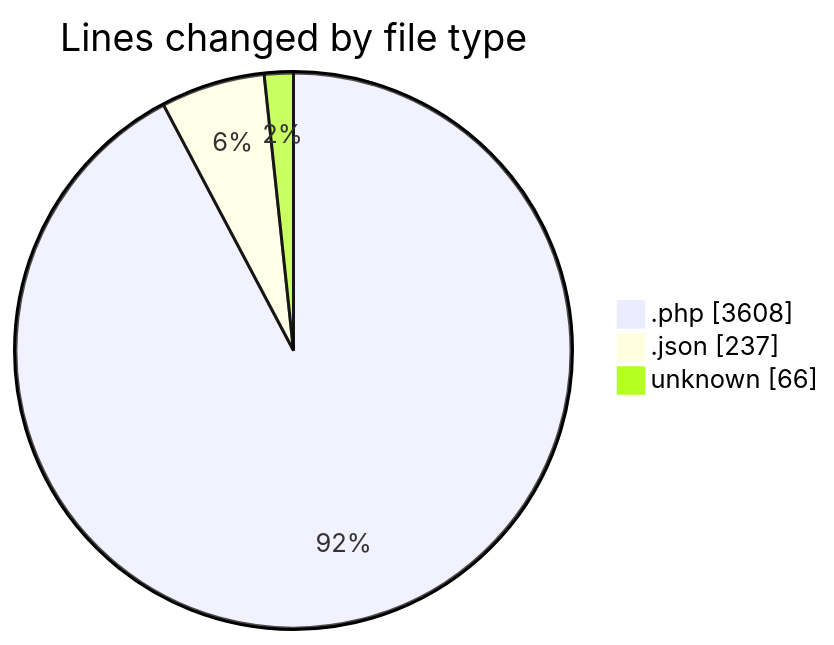
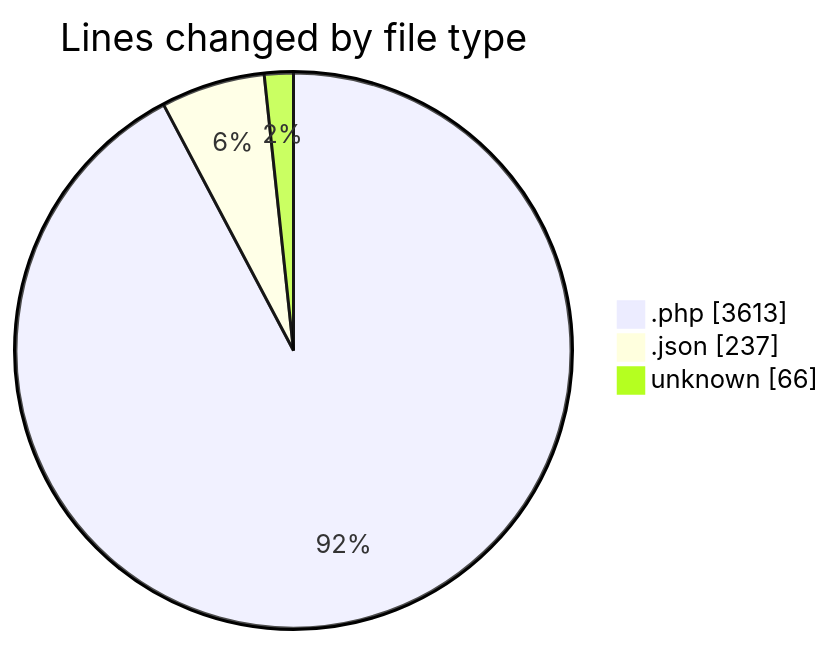
The first of 2 diagrams in 2025-06-06/sewa-mobil/README.md (idhammustaqopulfikri/code-tracking), drawn with Mermaid before and after one commit. The commit also changed other lines of this file and 1 other file, not shown here.

````diff
--- a/2025-06-06/sewa-mobil/README.md
+++ b/2025-06-06/sewa-mobil/README.md
@@ -33,7 +33,7 @@
 ```mermaid
 pie showData
 title Lines changed by file type
-".php" : 3608
+".php" : 3613
 ".json" : 237
 "unknown" : 66
 ```
````
